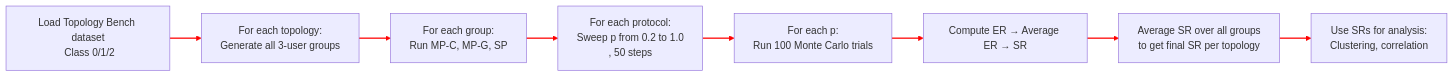
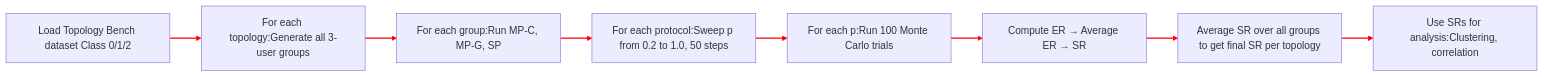
One commit to aoa1213/process-update changed the second of 2 diagrams in code_understanding/graph_manager.md. Above: the diagram before and after it, drawn with Mermaid.

````diff
--- a/code_understanding/graph_manager.md
+++ b/code_understanding/graph_manager.md
@@ -29,20 +29,20 @@
 ```mermaid 
 flowchart LR
-    A[Load Topology Bench dataset\n Class 0/1/2]
-    B[For each topology:\nGenerate all 3-user groups]
-    C[For each group:\nRun MP-C, MP-G, SP]
-    D[For each protocol:\nSweep p from 0.2 to 1.0\n, 50 steps]
-    E[For each p:\nRun 100 Monte Carlo trials]
+    A[Load Topology Bench dataset Class 0/1/2]
+    B[For each topology:Generate all 3-user groups]
+    C[For each group:Run MP-C, MP-G, SP]
+    D[For each protocol:Sweep p from 0.2 to 1.0, 50 steps]
+    E[For each p:Run 100 Monte Carlo trials]
     F[Compute ER → Average ER → SR]
-    G[Average SR over all groups\nto get final SR per topology]
-    H[Use SRs for analysis:\nClustering, correlation]
+    G[Average SR over all groups to get final SR per topology]
+    H[Use SRs for analysis:Clustering, correlation]
 
     A --> B 
     B --> C 
     C --> D 
     D --> E 
     E --> F 
     F --> G 
     G --> H
     linkStyle default stroke:#ff0000,stroke-width:2px;
 ```
````
